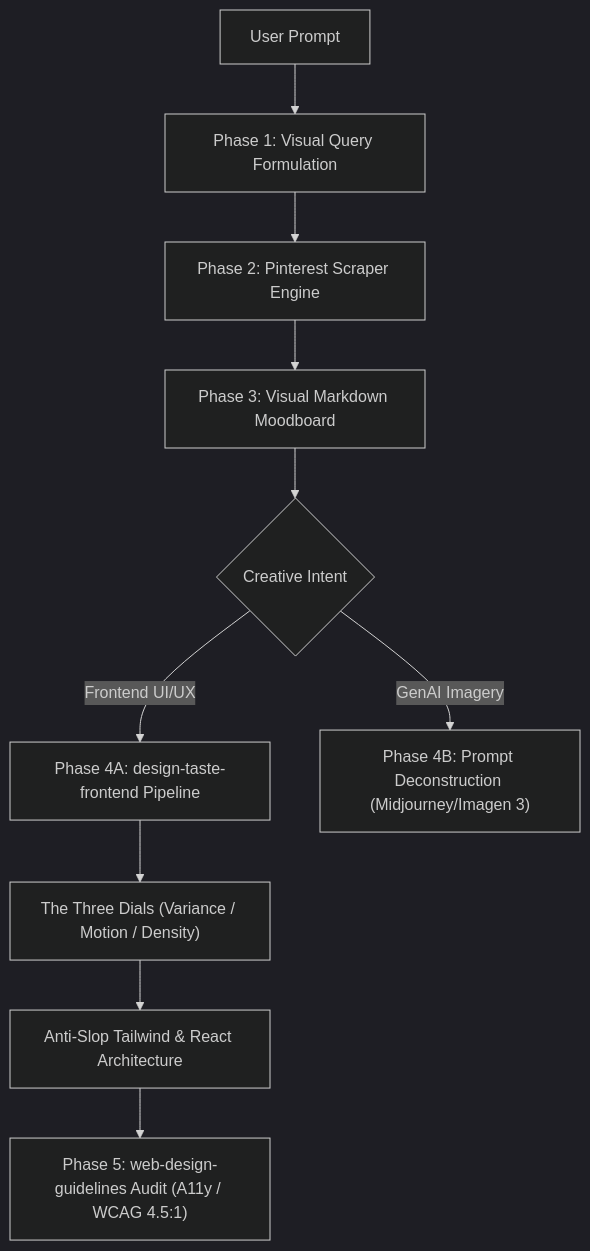
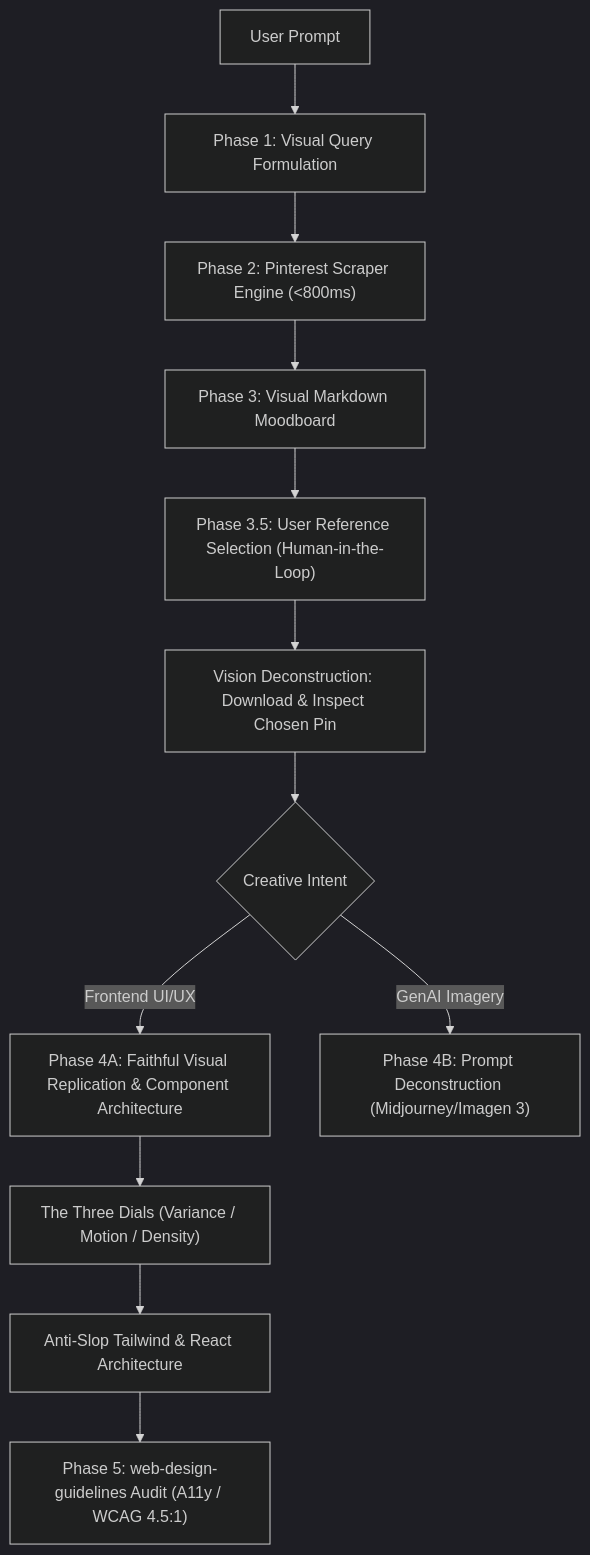
The diagram in skills/pinterest-inspiration/SKILL.md (khanhnkq/pinterest-inspired-plugin), drawn with Mermaid (dark theme) before and after one commit. The commit also changed other lines of this file and 4 other files, not shown here.

Commit message:
feat(workflow): add human-in-the-loop pin selection and faithful 1:1 visual replication of Pin 1

````diff
--- a/skills/pinterest-inspiration/SKILL.md
+++ b/skills/pinterest-inspiration/SKILL.md
@@ -63,12 +63,14 @@
 ```mermaid
 flowchart TD
     User["User Prompt"] --> Phase1["Phase 1: Visual Query Formulation"]
-    Phase1 --> Phase2["Phase 2: Pinterest Scraper Engine"]
+    Phase1 --> Phase2["Phase 2: Pinterest Scraper Engine (<800ms)"]
     Phase2 --> Phase3["Phase 3: Visual Markdown Moodboard"]
-    Phase3 --> Branch{"Creative Intent"}
-    Branch -->|Frontend UI/UX| Phase4A["Phase 4A: design-taste-frontend Pipeline"]
+    Phase3 --> Phase3B["Phase 3.5: User Reference Selection (Human-in-the-Loop)"]
+    Phase3B --> Inspect["Vision Deconstruction: Download & Inspect Chosen Pin"]
+    Inspect --> Branch{"Creative Intent"}
+    Branch -->|Frontend UI/UX| Phase4A["Phase 4A: Faithful Visual Replication & Component Architecture"]
     Phase4A --> Dial["The Three Dials (Variance / Motion / Density)"]
     Dial --> Code["Anti-Slop Tailwind & React Architecture"]
     Code --> Audit["Phase 5: web-design-guidelines Audit (A11y / WCAG 4.5:1)"]
     Branch -->|GenAI Imagery| Phase4B["Phase 4B: Prompt Deconstruction (Midjourney/Imagen 3)"]
 ```
````
